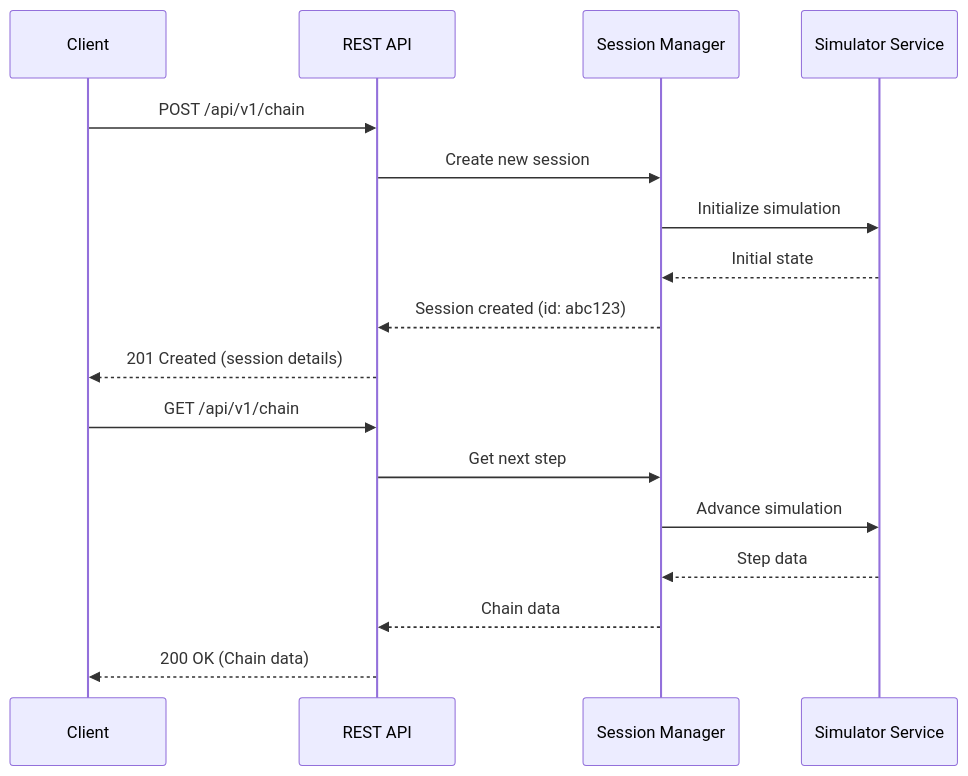
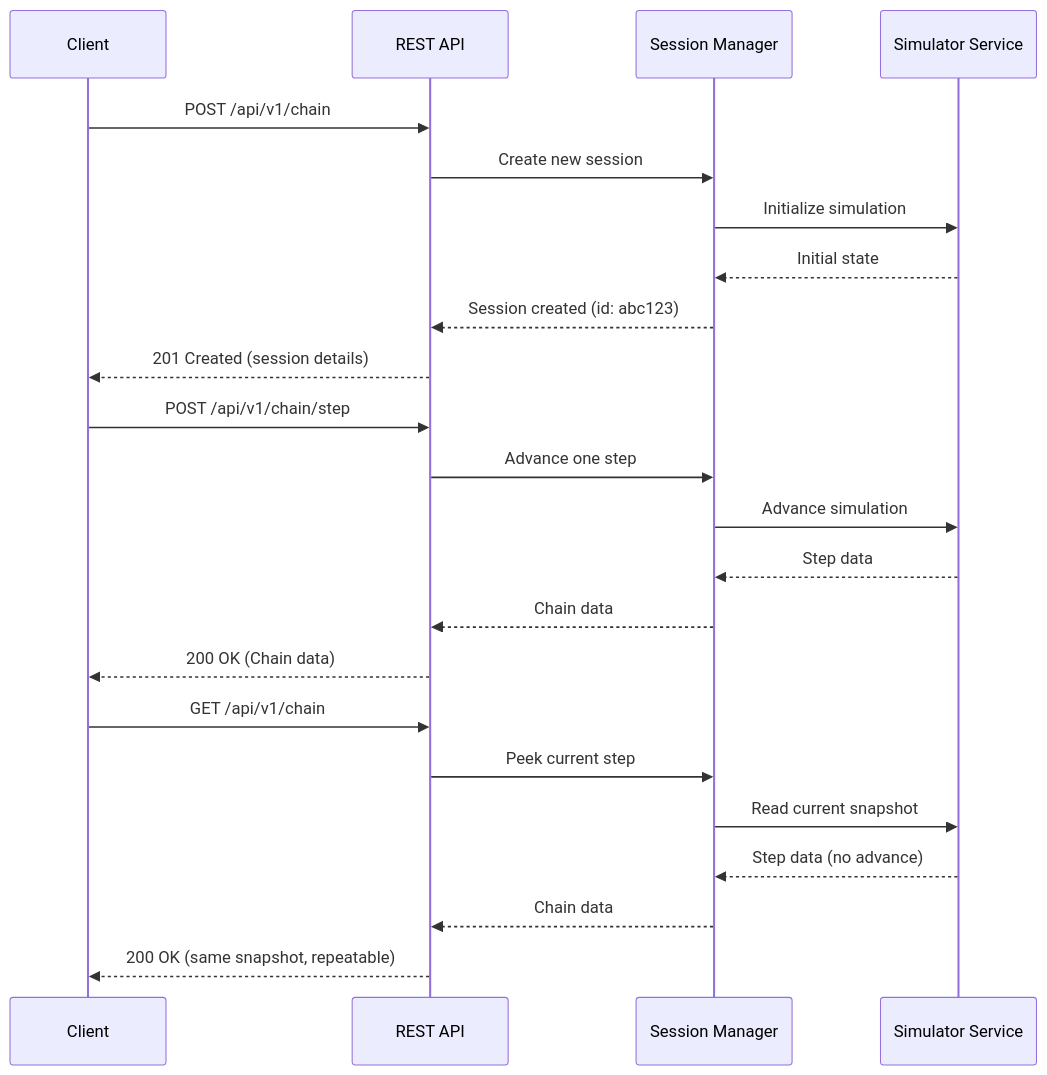
One commit to joaquinbejar/OptionChain-Simulator changed the third of 5 diagrams in README.md. Above: the diagram before and after it, drawn with Mermaid. The commit also changed other lines of this file and 5 other files, not shown here.

First line of the commit message:
feat!: make GET /api/v1/chain a safe peek and add POST /api/v1/chain/step

````diff
--- a/README.md
+++ b/README.md
@@ -55,21 +58,28 @@
 ```mermaid
 sequenceDiagram
 participant Client
 participant API as REST API
 participant SM as Session Manager
 participant SS as Simulator Service
 
 Client->>API: POST /api/v1/chain
 API->>SM: Create new session
 SM->>SS: Initialize simulation
 SS-->>SM: Initial state
 SM-->>API: Session created (id: abc123)
 API-->>Client: 201 Created (session details)
 
-Client->>API: GET /api/v1/chain
-API->>SM: Get next step
+Client->>API: POST /api/v1/chain/step
+API->>SM: Advance one step
 SM->>SS: Advance simulation
 SS-->>SM: Step data
 SM-->>API: Chain data
 API-->>Client: 200 OK (Chain data)
+
+Client->>API: GET /api/v1/chain
+API->>SM: Peek current step
+SM->>SS: Read current snapshot
+SS-->>SM: Step data (no advance)
+SM-->>API: Chain data
+API-->>Client: 200 OK (same snapshot, repeatable)
 ```
````
